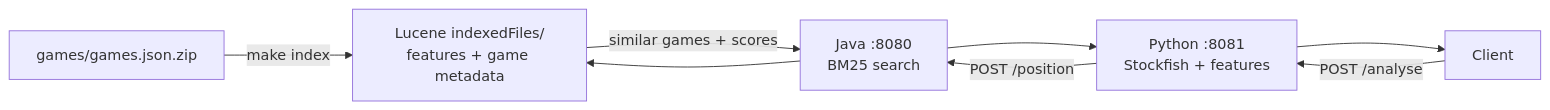
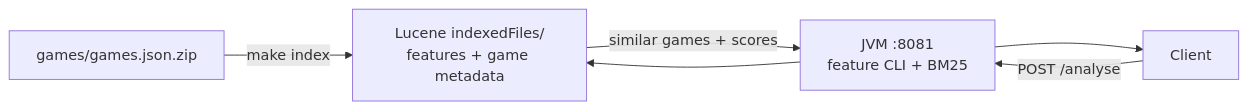
One commit to zigamedved/ziga-chess changed the diagram in README.md. Above: the diagram before and after it, drawn with Mermaid. The commit also changed other lines of this file and 14 other files, not shown here.

````diff
--- a/README.md
+++ b/README.md
@@ -11,8 +11,7 @@
 ```mermaid
 flowchart LR
   ZIP["games/games.json.zip"] -->|make index| IDX["Lucene indexedFiles/<br/>features + game metadata"]
-  Client -->|POST /analyse| Py["Python :8081<br/>Stockfish + features"]
-  Py -->|POST /position| Java["Java :8080<br/>BM25 search"]
-  Java --> IDX
-  IDX -->|similar games + scores| Java --> Py --> Client
+  Client -->|POST /analyse| Svc["JVM :8081<br/>feature CLI + BM25"]
+  Svc --> IDX
+  IDX -->|similar games + scores| Svc --> Client
 ```
````
